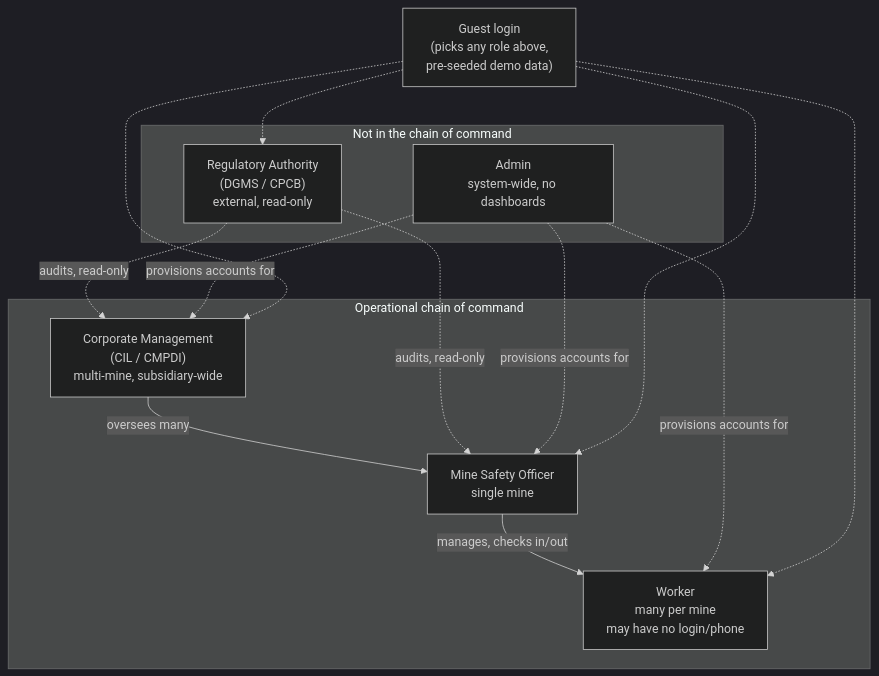
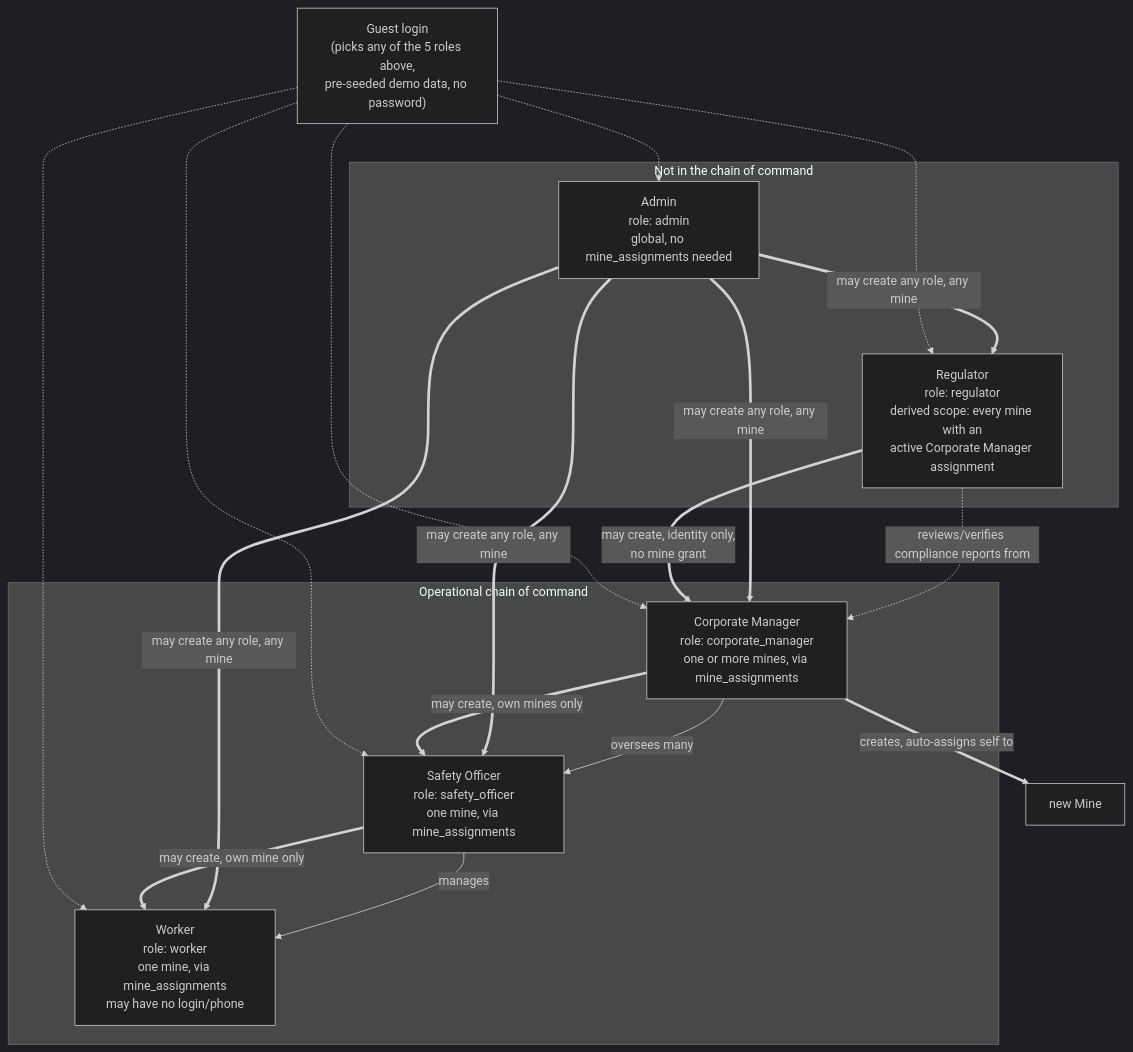
The first of 2 diagrams in research/lld.md (saumy-github/coalguard-ai), drawn with Mermaid (dark theme) before and after one commit. The commit also changed other lines of this file and 75 other files, not shown here.

````diff
--- a/research/lld.md
+++ b/research/lld.md
@@ -87,27 +119,33 @@
 ```mermaid
 graph TD
     subgraph Operational["Operational chain of command"]
-        CORP["Corporate Management<br/>(CIL / CMPDI)<br/>multi-mine, subsidiary-wide"]
-        SAFETY["Mine Safety Officer<br/>single mine"]
-        WORKER["Worker<br/>many per mine<br/>may have no login/phone"]
+        CORP["Corporate Manager<br/>role: corporate_manager<br/>one or more mines, via mine_assignments"]
+        SAFETY["Safety Officer<br/>role: safety_officer<br/>one mine, via mine_assignments"]
+        WORKER["Worker<br/>role: worker<br/>one mine, via mine_assignments<br/>may have no login/phone"]
 
         CORP -->|oversees many| SAFETY
-        SAFETY -->|manages, checks in/out| WORKER
+        SAFETY -->|manages| WORKER
     end
 
     subgraph Orthogonal["Not in the chain of command"]
-        REG["Regulatory Authority<br/>(DGMS / CPCB)<br/>external, read-only"]
-        ADMIN["Admin<br/>system-wide, no dashboards"]
+        REG["Regulator<br/>role: regulator<br/>derived scope: every mine with an<br/>active Corporate Manager assignment"]
+        ADMIN["Admin<br/>role: admin<br/>global, no mine_assignments needed"]
     end
 
-    REG -.->|audits, read-only| CORP
-    REG -.->|audits, read-only| SAFETY
-    ADMIN -.->|provisions accounts for| CORP
-    ADMIN -.->|provisions accounts for| SAFETY
-    ADMIN -.->|provisions accounts for| WORKER
+    REG -.->|reviews/verifies compliance reports from| CORP
 
-    GUEST["Guest login<br/>(picks any role above,<br/>pre-seeded demo data)"] -.-> CORP
+    ADMIN ==>|may create any role, any mine| CORP
+    ADMIN ==>|may create any role, any mine| SAFETY
+    ADMIN ==>|may create any role, any mine| WORKER
+    ADMIN ==>|may create any role, any mine| REG
+    REG ==>|may create, identity only,<br/>no mine grant| CORP
+    CORP ==>|may create, own mines only| SAFETY
+    CORP ==>|creates, auto-assigns self to| NEWMINE["new Mine"]
+    SAFETY ==>|may create, own mine only| WORKER
+
+    GUEST["Guest login<br/>(picks any of the 5 roles above,<br/>pre-seeded demo data, no password)"] -.-> CORP
     GUEST -.-> SAFETY
     GUEST -.-> WORKER
     GUEST -.-> REG
+    GUEST -.-> ADMIN
 ```
````
